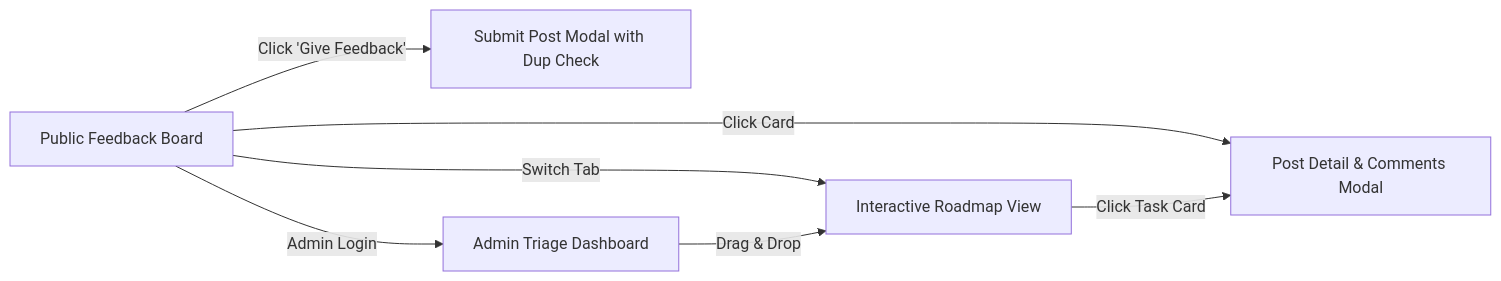
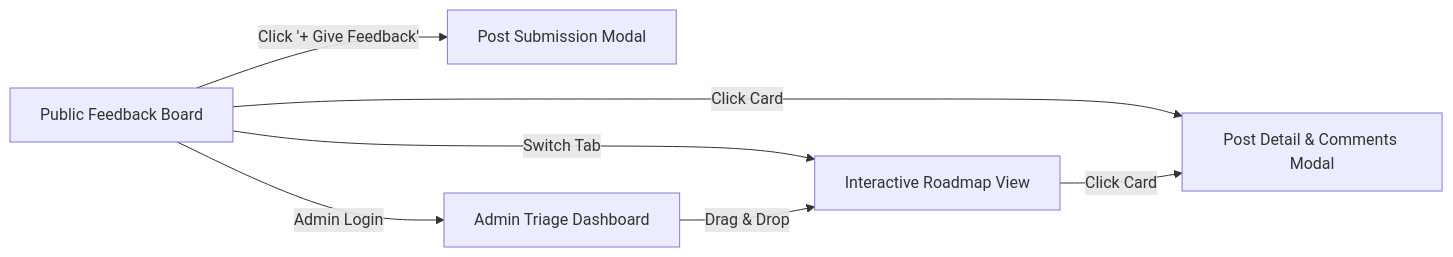
One commit to Geetansh005/SWYNEX-Project-Architecture changed the third of 3 diagrams in README.md. Above: the diagram before and after it, drawn with Mermaid. The commit also changed other lines of this file, not shown here.

Commit message:
docs: enrich project architecture README with complete specs, diagrams, and setup instructions

````diff
--- a/README.md
+++ b/README.md
@@ -163,9 +390,9 @@
 ```mermaid
 flowchart LR
     A[Public Feedback Board] -->|Click Card| B[Post Detail & Comments Modal]
-    A -->|Click 'Give Feedback'| C[Submit Post Modal with Dup Check]
+    A -->|Click '+ Give Feedback'| C[Post Submission Modal]
     A -->|Switch Tab| D[Interactive Roadmap View]
-    D -->|Click Task Card| B
+    D -->|Click Card| B
     A -->|Admin Login| E[Admin Triage Dashboard]
     E -->|Drag & Drop| D
 ```
````
